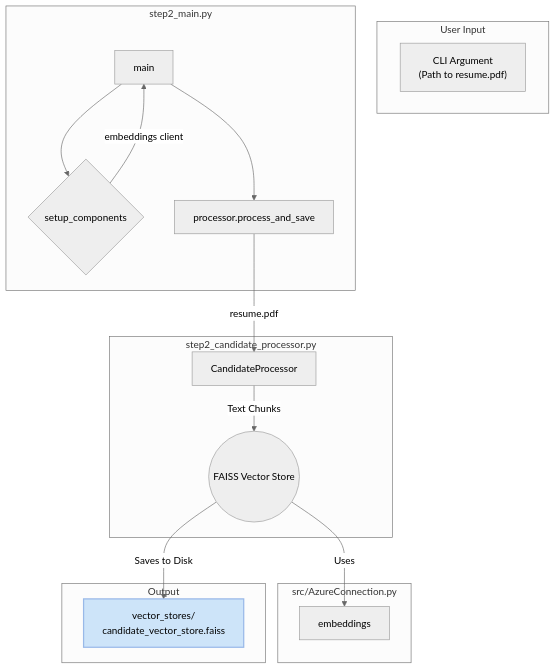
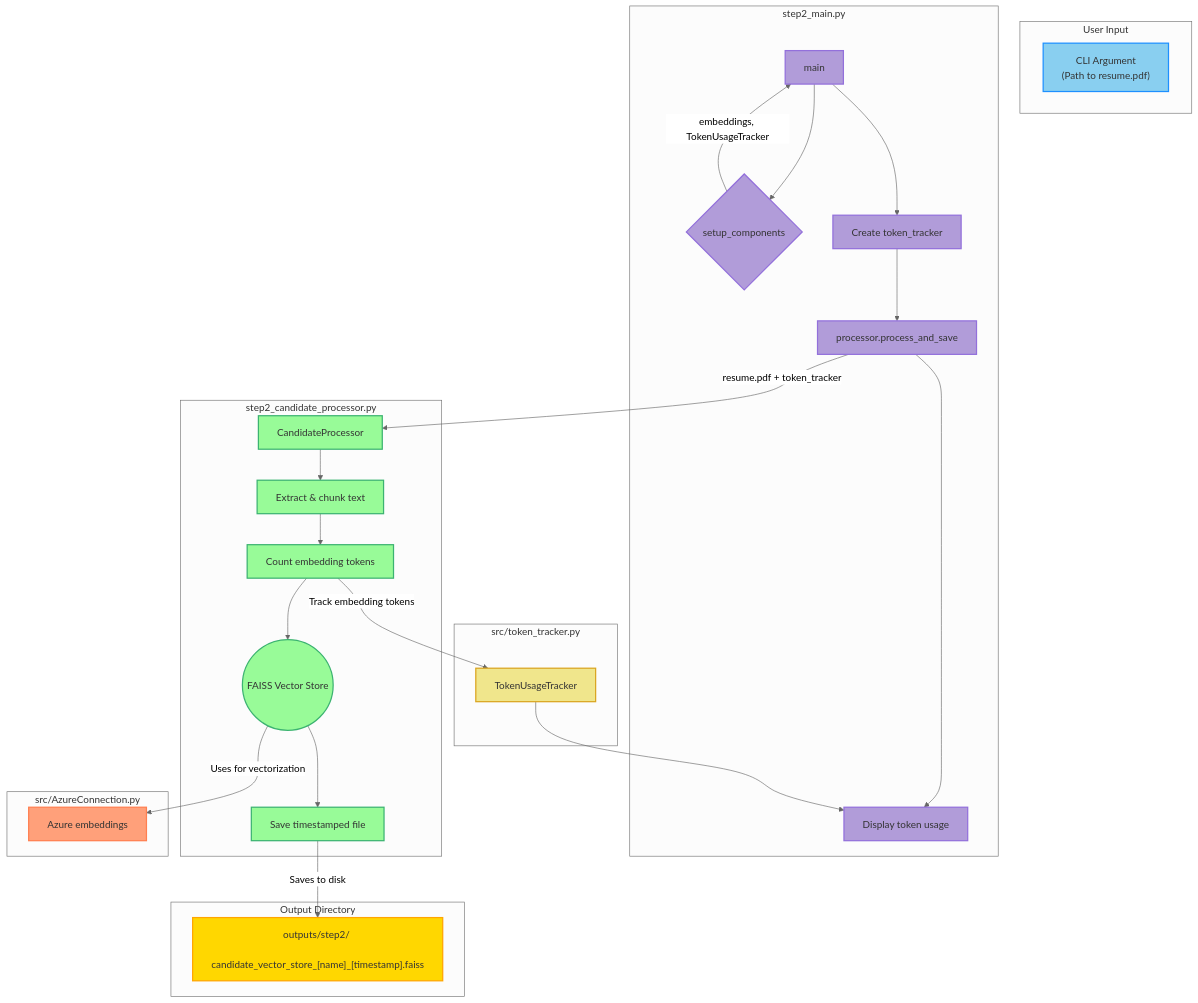
One commit to cavalryxyy/PhD-Cover-Letter-Generator changed the diagram in diagrams/step2_data_flow.mmd. Above: the diagram before and after it, drawn with Mermaid (neutral theme). The commit also changed 4 other files, not shown here.

```diff
--- a/diagrams/step2_data_flow.mmd
+++ b/diagrams/step2_data_flow.mmd
@@ -1,28 +1,55 @@
 graph TD
-    subgraph User Input
+    %% ========================
+    %% Color Scheme for Clarity
+    %% ========================
+    classDef userInput fill:#89CFF0,stroke:#1E90FF,color:#333,stroke-width:2px
+    classDef script fill:#B19CD9,stroke:#9370DB,color:#333,stroke-width:2px
+    classDef process fill:#98FB98,stroke:#3CB371,color:#333,stroke-width:2px
+    classDef data fill:#FFA07A,stroke:#FF7F50,color:#333,stroke-width:2px
+    classDef output fill:#FFD700,stroke:#FFA500,color:#333,stroke-width:2px
+    classDef tokenTracker fill:#F0E68C,stroke:#DAA520,color:#333,stroke-width:2px
+
+    subgraph "User Input"
         A["CLI Argument <br/>(Path to resume.pdf)"]
     end
 
     subgraph "step2_main.py"
         B[main] --> C{setup_components};
-        C -- "embeddings client" --> B;
-        B --> D[processor.process_and_save];
+        C -- "embeddings, TokenUsageTracker" --> B;
+        B --> D[Create token_tracker];
+        D --> E[processor.process_and_save];
+        E --> F[Display token usage];
     end
 
     subgraph "step2_candidate_processor.py"
-        E[CandidateProcessor]
-        D -- "resume.pdf" --> E;
-        E -- "Text Chunks" --> F((FAISS Vector Store));
+        G[CandidateProcessor]
+        E -- "resume.pdf + token_tracker" --> G;
+        G --> H[Extract & chunk text];
+        H --> I[Count embedding tokens];
+        I --> J((FAISS Vector Store));
+        J --> K[Save timestamped file];
     end
     
     subgraph "src/AzureConnection.py"
-        G[embeddings]
-        F -- "Uses" --> G
+        L[Azure embeddings]
+        J -- "Uses for vectorization" --> L
     end
 
-    subgraph "Output"
-      H["vector_stores/ <br/> candidate_vector_store.faiss"]
-      F -- "Saves to Disk" --> H
+    subgraph "src/token_tracker.py"
+        M[TokenUsageTracker]
+        I -- "Track embedding tokens" --> M;
+        M --> F;
     end
 
-    style H fill:#cde4f9,stroke:#99b9e8,stroke-width:2px
+    subgraph "Output Directory"
+        N["outputs/step2/ <br/> candidate_vector_store_[name]_[timestamp].faiss"]
+        K -- "Saves to disk" --> N
+    end
+
+    %% Apply styling
+    class A userInput;
+    class B,C,D,E,F script;
+    class G,H,I,J,K process;
+    class L data;
+    class M tokenTracker;
+    class N output;
```
